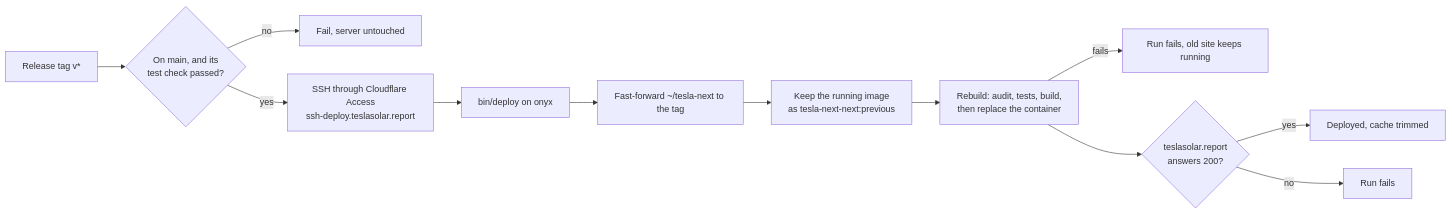
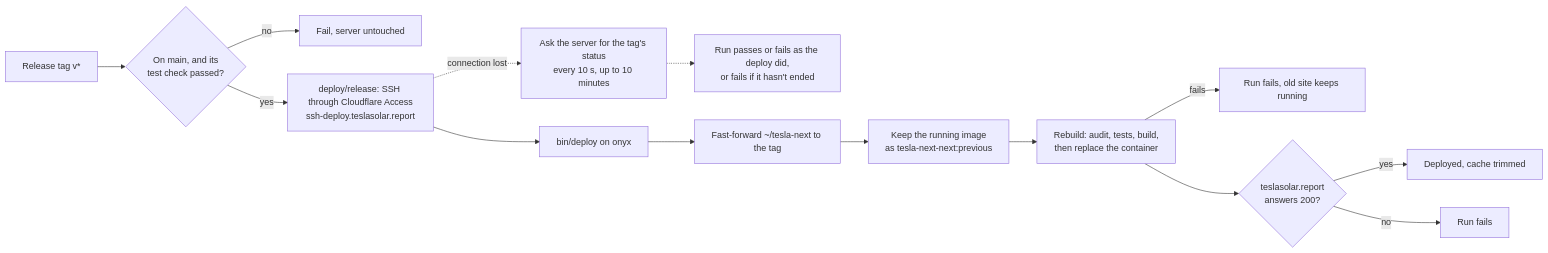
Before and after one commit to toddseller/tesla-next: the diagram in README.md, drawn with Mermaid. The commit also changed other lines of this file and 12 other files, not shown here.

First line of the commit message:
Learn a deploy's outcome after Cloudflare drops the session

````diff
--- a/README.md
+++ b/README.md
@@ -73,14 +73,16 @@
 ```mermaid
 flowchart LR
   R[Release tag v*] --> G{On main, and its<br/>test check passed?}
   G -- no --> F[Fail, server untouched]
-  G -- yes --> S[SSH through Cloudflare Access<br/>ssh-deploy.teslasolar.report]
+  G -- yes --> S[deploy/release: SSH through Cloudflare Access<br/>ssh-deploy.teslasolar.report]
   S --> D[bin/deploy on onyx]
+  S -. connection lost .-> Q[Ask the server for the tag's status<br/>every 10 s, up to 10 minutes]
+  Q -.-> R2[Run passes or fails as the deploy did,<br/>or fails if it hasn't ended]
   D --> M[Fast-forward ~/tesla-next to the tag]
   M --> P[Keep the running image<br/>as tesla-next-next:previous]
   P --> B[Rebuild: audit, tests, build,<br/>then replace the container]
   B -- fails --> F2[Run fails, old site keeps running]
   B --> H{teslasolar.report<br/>answers 200?}
   H -- yes --> OK[Deployed, cache trimmed]
   H -- no --> F3[Run fails]
 ```
````
